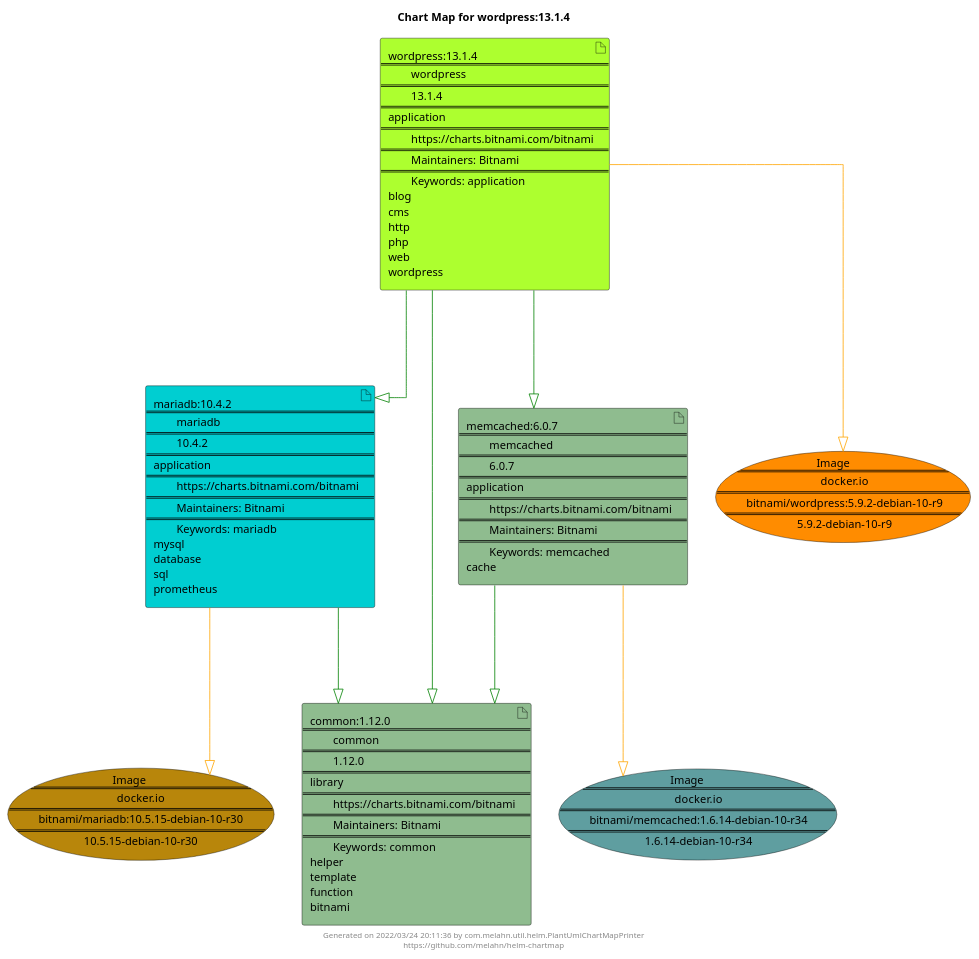
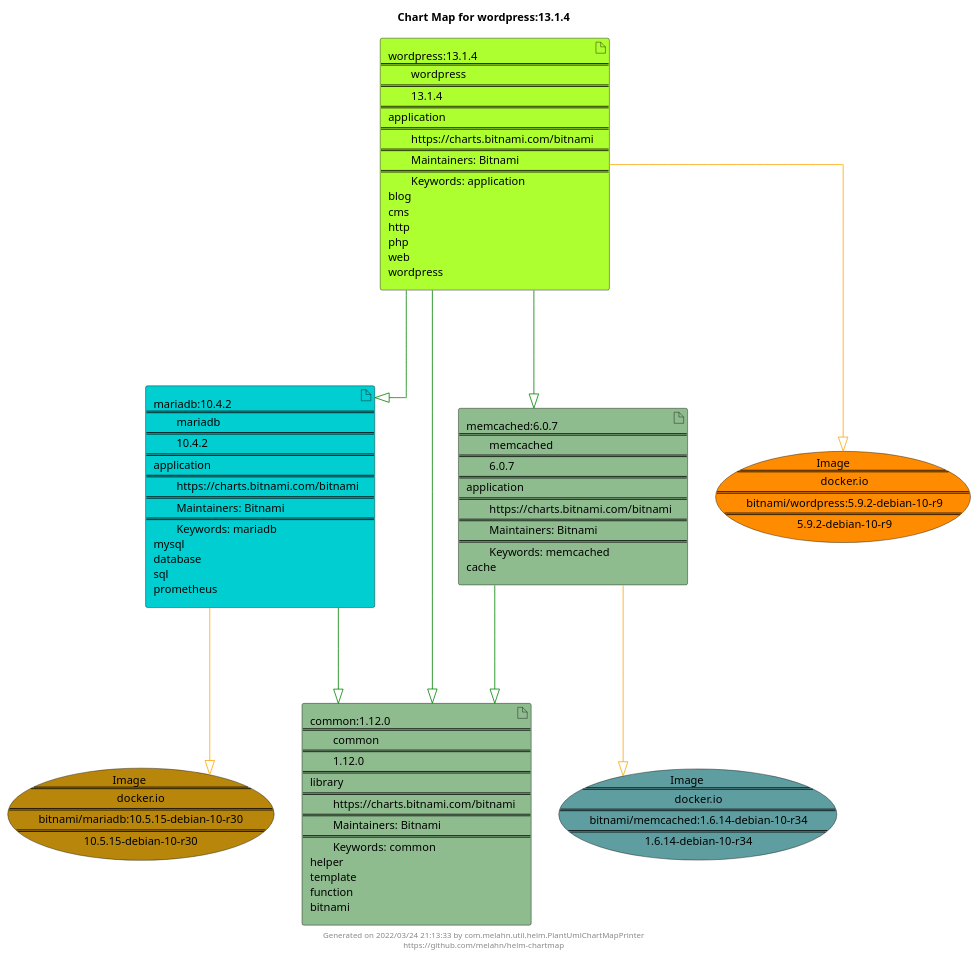
Before and after one commit to melahn/helm-chartmap: the diagram in docs/wordpress/wordpress-13.1.4.puml, drawn with PlantUML. The commit also changed 52 other files, not shown here.

Commit message:
Update Example Chart Maps as part of GitHub build

```diff
--- a/docs/wordpress/wordpress-13.1.4.puml
+++ b/docs/wordpress/wordpress-13.1.4.puml
@@ -1,33 +1,33 @@
 @startuml
 skinparam linetype ortho
 skinparam backgroundColor white
 skinparam usecaseBorderColor black
 skinparam usecaseArrowColor LightSlateGray
 skinparam artifactBorderColor black
 skinparam artifactArrowColor LightSlateGray
 
 title Chart Map for wordpress:13.1.4
 
 'There are 4 referenced Helm Charts
 artifact "wordpress:13.1.4\n====\n\twordpress\n====\n\t13.1.4\n====\napplication\n====\n\thttps://charts.bitnami.com/bitnami\n====\n\tMaintainers: Bitnami\n====\n\tKeywords: application\nblog\ncms\nhttp\nphp\nweb\nwordpress" as wordpress_13_1_4 #GreenYellow
 artifact "mariadb:10.4.2\n====\n\tmariadb\n====\n\t10.4.2\n====\napplication\n====\n\thttps://charts.bitnami.com/bitnami\n====\n\tMaintainers: Bitnami\n====\n\tKeywords: mariadb\nmysql\ndatabase\nsql\nprometheus" as mariadb_10_4_2 #DarkTurquoise
 artifact "memcached:6.0.7\n====\n\tmemcached\n====\n\t6.0.7\n====\napplication\n====\n\thttps://charts.bitnami.com/bitnami\n====\n\tMaintainers: Bitnami\n====\n\tKeywords: memcached\ncache" as memcached_6_0_7 #DarkSeaGreen
 artifact "common:1.12.0\n====\n\tcommon\n====\n\t1.12.0\n====\nlibrary\n====\n\thttps://charts.bitnami.com/bitnami\n====\n\tMaintainers: Bitnami\n====\n\tKeywords: common\nhelper\ntemplate\nfunction\nbitnami" as common_1_12_0 #DarkSeaGreen
 
 'There are 3 referenced Docker Images
 usecase "Image\n====\n\tdocker.io\n====\n\tbitnami/mariadb:10.5.15-debian-10-r30\n====\n\t10.5.15-debian-10-r30" as docker_io_bitnami_mariadb_10_5_15_debian_10_r30 #DarkGoldenRod
 usecase "Image\n====\n\tdocker.io\n====\n\tbitnami/memcached:1.6.14-debian-10-r34\n====\n\t1.6.14-debian-10-r34" as docker_io_bitnami_memcached_1_6_14_debian_10_r34 #CadetBlue
 usecase "Image\n====\n\tdocker.io\n====\n\tbitnami/wordpress:5.9.2-debian-10-r9\n====\n\t5.9.2-debian-10-r9" as docker_io_bitnami_wordpress_5_9_2_debian_10_r9 #Darkorange
 
 'Chart Dependencies
 wordpress_13_1_4--[#green]-|>mariadb_10_4_2
 mariadb_10_4_2--[#green]-|>common_1_12_0
 wordpress_13_1_4--[#green]-|>memcached_6_0_7
 memcached_6_0_7--[#green]-|>common_1_12_0
 wordpress_13_1_4--[#green]-|>common_1_12_0
 wordpress_13_1_4--[#orange]-|>docker_io_bitnami_wordpress_5_9_2_debian_10_r9
 mariadb_10_4_2--[#orange]-|>docker_io_bitnami_mariadb_10_5_15_debian_10_r30
 memcached_6_0_7--[#orange]-|>docker_io_bitnami_memcached_1_6_14_debian_10_r34
 
-center footer Generated on 2022/03/24 20:11:36 by com.melahn.util.helm.PlantUmlChartMapPrinter\nhttps://github.com/melahn/helm-chartmap
+center footer Generated on 2022/03/24 21:13:33 by com.melahn.util.helm.PlantUmlChartMapPrinter\nhttps://github.com/melahn/helm-chartmap
 @enduml
```
